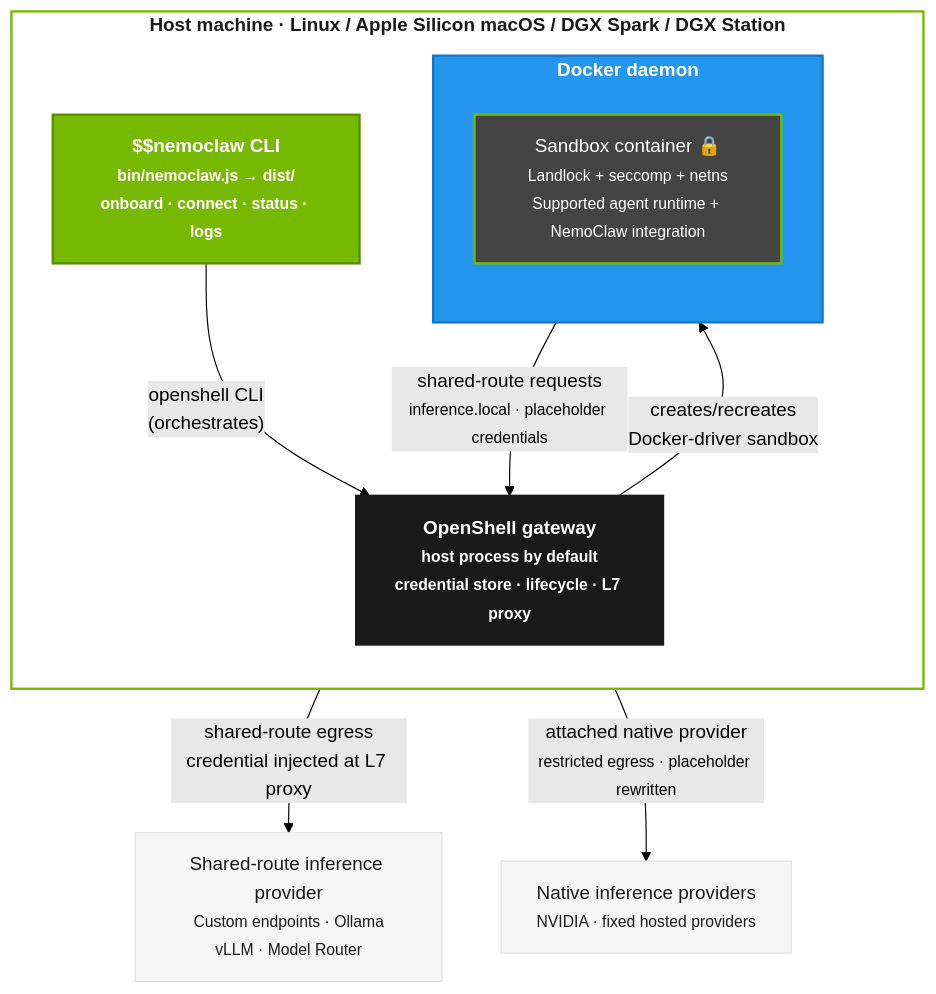
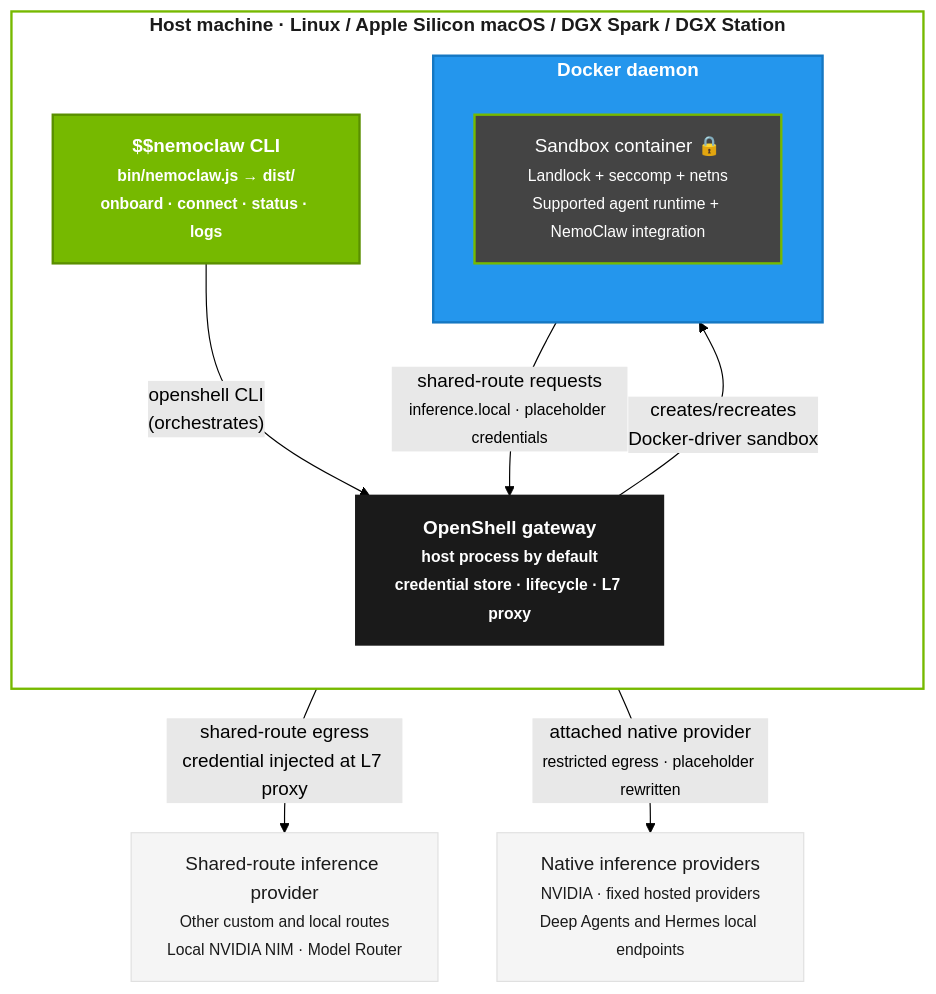
The second of 3 diagrams in docs/reference/architecture.mdx (TakamKaji/NemoClaw_docs), drawn with Mermaid (forest theme) before and after one commit. The commit also changed other lines of this file and 35 other files, not shown here.

````diff
--- a/docs/reference/architecture.mdx
+++ b/docs/reference/architecture.mdx
@@ -154,34 +154,34 @@
 ```mermaid
 graph TB
     classDef host fill:#fff,stroke:#76b900,stroke-width:2px,color:#1a1a1a,font-weight:bold
     classDef cli fill:#76b900,stroke:#5a8f00,color:#fff,stroke-width:2px,font-weight:bold
     classDef docker fill:#2496ed,stroke:#1577c2,color:#fff,stroke-width:2px,font-weight:bold
     classDef gateway fill:#1a1a1a,stroke:#1a1a1a,color:#fff,stroke-width:2px,font-weight:bold
     classDef sandbox fill:#444,stroke:#76b900,color:#fff,stroke-width:2px
     classDef external fill:#f5f5f5,stroke:#e0e0e0,color:#1a1a1a,stroke-width:1px
 
     subgraph HOST["Host machine · Linux / Apple Silicon macOS / DGX Spark / DGX Station"]
         direction TB
         CLI["$$nemoclaw CLI<br/><small>bin/nemoclaw.js → dist/<br/>onboard · connect · status · logs</small>"]:::cli
         GW["OpenShell gateway<br/><small>host process by default<br/>credential store · lifecycle · L7 proxy</small>"]:::gateway
 
         subgraph DOCKER["Docker daemon"]
             direction TB
             SANDBOX["Sandbox container 🔒<br/><small>Landlock + seccomp + netns<br/>Supported agent runtime + NemoClaw integration</small>"]:::sandbox
         end
     end
 
-    SHARED_INFER["Shared-route inference provider<br/><small>Custom endpoints · Ollama<br/>vLLM · Model Router</small>"]:::external
-    NVIDIA_INFER["Native inference providers<br/><small>NVIDIA · fixed hosted providers</small>"]:::external
+    SHARED_INFER["Shared-route inference provider<br/><small>Other custom and local routes<br/>Local NVIDIA NIM · Model Router</small>"]:::external
+    NVIDIA_INFER["Native inference providers<br/><small>NVIDIA · fixed hosted providers<br/>Deep Agents and Hermes local endpoints</small>"]:::external
 
     CLI -->|"openshell CLI<br/>(orchestrates)"| GW
     GW -->|"creates/recreates<br/>Docker-driver sandbox"| SANDBOX
     SANDBOX -->|"shared-route requests<br/><small>inference.local · placeholder credentials</small>"| GW
     GW -->|"shared-route egress<br/>credential injected at L7 proxy"| SHARED_INFER
     SANDBOX -->|"attached native provider<br/><small>restricted egress · placeholder rewritten</small>"| NVIDIA_INFER
 
     class HOST host
     class DOCKER docker
     class GW gateway
     class SANDBOX sandbox
 ```
````
